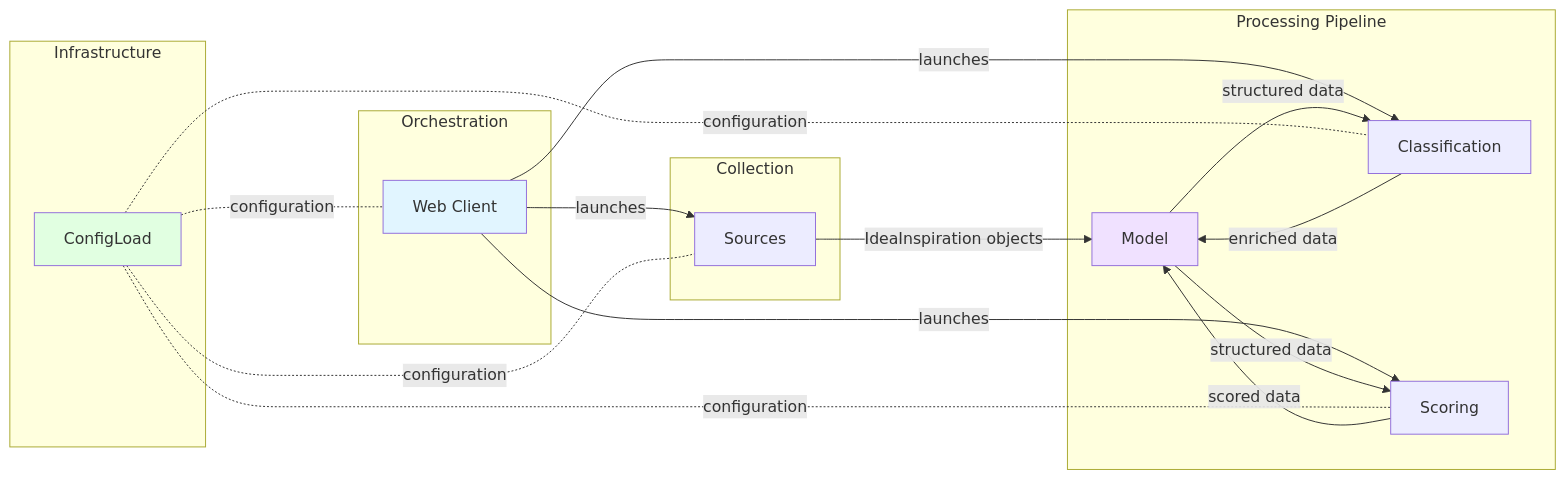
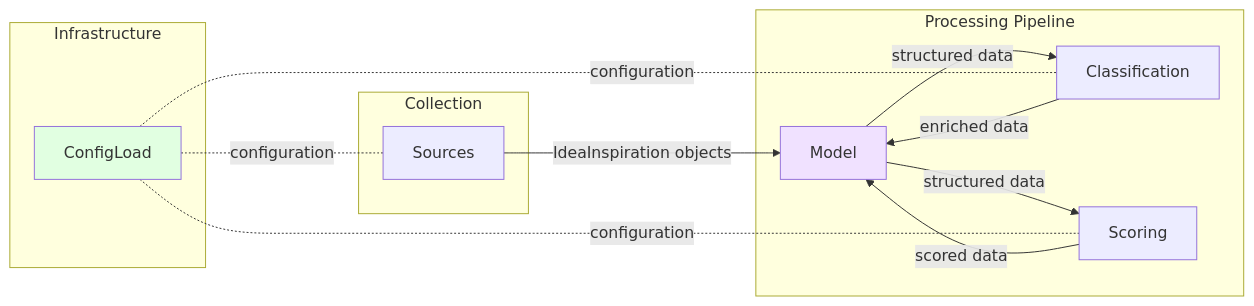
One commit to Nomoos/PrismQ changed the second of 4 diagrams in IdeaInspiration/_meta/docs/ARCHITECTURE.md. Above: the diagram before and after it, drawn with Mermaid. The commit also changed other lines of this file and 400 other files, not shown here.

````diff
--- a/IdeaInspiration/_meta/docs/ARCHITECTURE.md
+++ b/IdeaInspiration/_meta/docs/ARCHITECTURE.md
@@ -200,39 +191,29 @@
 ```mermaid
 graph LR
-    subgraph "Orchestration"
-        Client[Web Client]
-    end
-    
     subgraph "Collection"
         Sources[Sources]
     end
     
     subgraph "Processing Pipeline"
         Model[Model]
         Classification[Classification]
         Scoring[Scoring]
     end
     
     subgraph "Infrastructure"
         ConfigLoad[ConfigLoad]
     end
     
-    Client -->|launches| Sources
-    Client -->|launches| Classification
-    Client -->|launches| Scoring
-    
     Sources -->|IdeaInspiration objects| Model
     Model -->|structured data| Classification
     Model -->|structured data| Scoring
     Classification -->|enriched data| Model
     Scoring -->|scored data| Model
     
-    ConfigLoad -.configuration.- Client
     ConfigLoad -.configuration.- Sources
     ConfigLoad -.configuration.- Classification
     ConfigLoad -.configuration.- Scoring
     
-    style Client fill:#e1f5ff
     style Model fill:#f0e1ff
     style ConfigLoad fill:#e1ffe1
 ```
````
